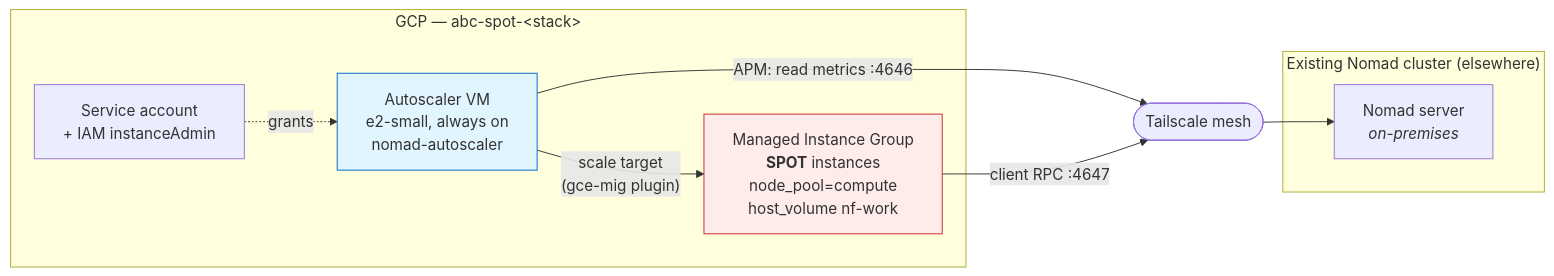
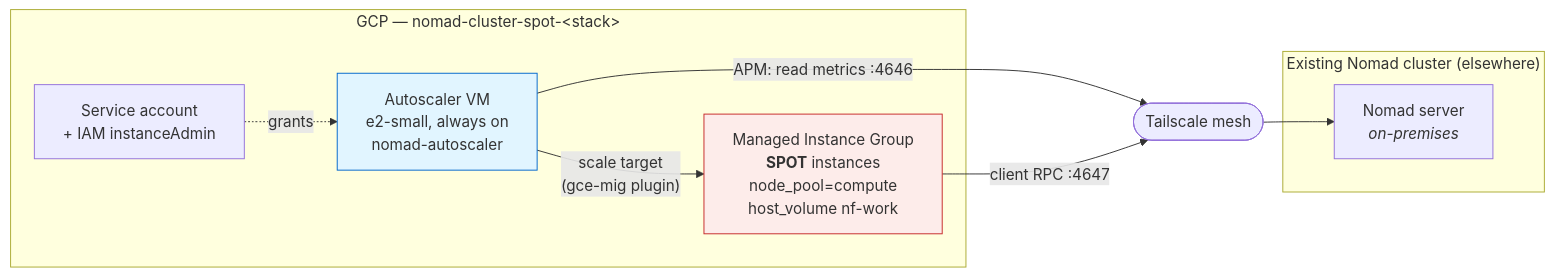
Before and after one commit to abhi18av-phd-projects/nf-nomad-manuscript-assets: the fourth of 4 diagrams in templates/ARCHITECTURE.md, drawn with Mermaid. The commit also changed other lines of this file and 21 other files, not shown here.

First line of the commit message:
naming: replace project-specific names with nomad-cluster throughout

````diff
--- a/templates/ARCHITECTURE.md
+++ b/templates/ARCHITECTURE.md
@@ -143,19 +143,19 @@
 ```mermaid
 graph LR
     subgraph Existing["Existing Nomad cluster (elsewhere)"]
         AI["Nomad server<br/><i>on-premises</i>"]
     end
-    subgraph GCPS["GCP — abc-spot-&lt;stack&gt;"]
+    subgraph GCPS["GCP — nomad-cluster-spot-&lt;stack&gt;"]
         AS["Autoscaler VM<br/>e2-small, always on<br/>nomad-autoscaler"]
         MIG["Managed Instance Group<br/><b>SPOT</b> instances<br/>node_pool=compute<br/>host_volume nf-work"]
         SA["Service account<br/>+ IAM instanceAdmin"]
     end
     TS(["Tailscale mesh"])
     AS -->|"APM: read metrics :4646"| TS
     TS --> AI
     MIG -->|"client RPC :4647"| TS
     AS -->|"scale target<br/>(gce-mig plugin)"| MIG
     SA -.->|grants| AS
     style MIG fill:#fdecea,stroke:#c62828
     style AS fill:#e1f5ff,stroke:#0066cc
 ```
````
